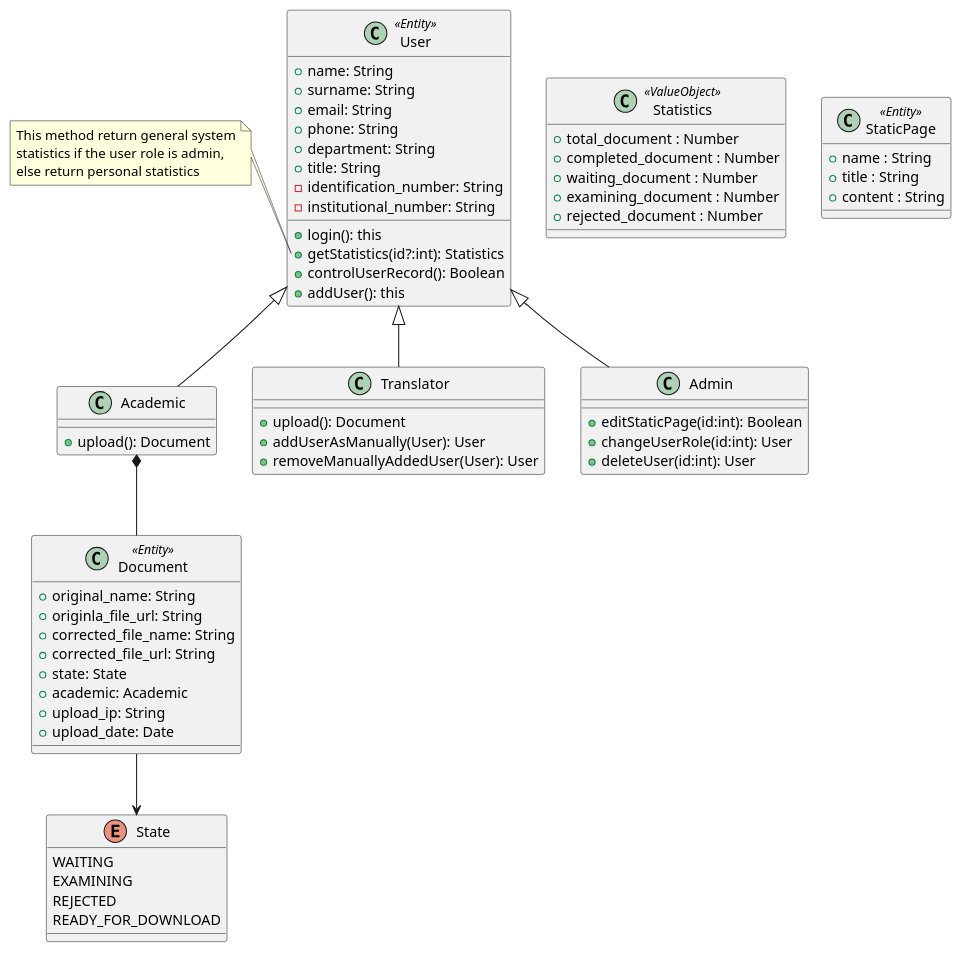
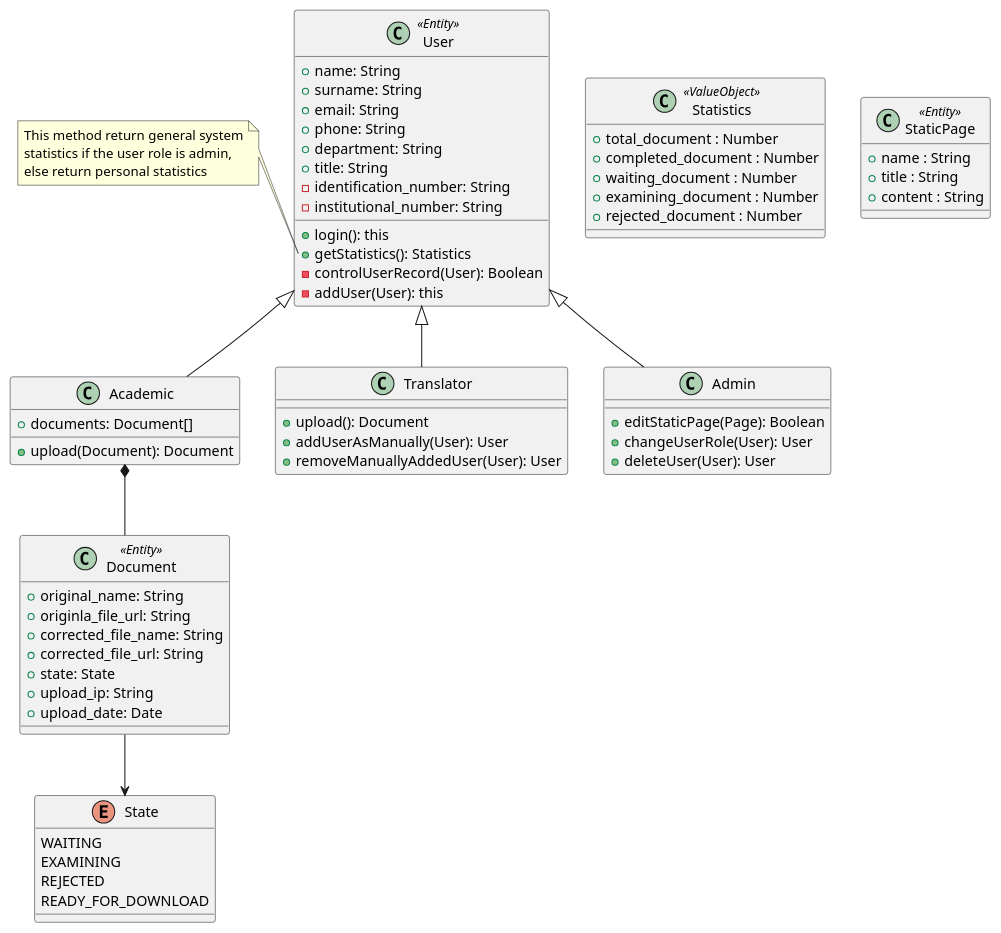
Before and after one commit to uygaraydin/academic-paper-proofreading: the diagram in class-diagram.puml, drawn with PlantUML.

Commit message:
class diagram was updated

```diff
--- a/class-diagram.puml
+++ b/class-diagram.puml
@@ -1,79 +1,79 @@
 @startuml ATCS
 
-class User <<Entity>> {
+  class User <<Entity>> {
     + name: String
     + surname: String
     + email: String
     + phone: String
     + department: String
     + title: String
     - identification_number: String
     - institutional_number: String
     + login(): this
-    + getStatistics(id?:int): Statistics
-    + controlUserRecord(): Boolean
-    + addUser(): this
-}
-note left of User::getStatistics
-  This method return general system
-  statistics if the user role is admin,
-  else return personal statistics
-end note
+    + getStatistics(): Statistics
+    - controlUserRecord(User): Boolean
+    - addUser(User): this
+  }
+  note left of User::getStatistics
+    This method return general system
+    statistics if the user role is admin,
+    else return personal statistics
+  end note
 
 
-class Academic {
-    + upload(): Document
-}
+  class Academic {
+    + documents: Document[]
+    + upload(Document): Document
+  }
 
-class Translator {
+  class Translator {
     + upload(): Document
     + addUserAsManually(User): User
     + removeManuallyAddedUser(User): User
-}
+  }
 
-class Admin {
-    + editStaticPage(id:int): Boolean
-    + changeUserRole(id:int): User
-    + deleteUser(id:int): User
-}
-class Statistics <<ValueObject>> {
+  class Admin {
+    + editStaticPage(Page): Boolean
+    + changeUserRole(User): User
+    + deleteUser(User): User
+  }
+  class Statistics <<ValueObject>> {
     + total_document : Number
     + completed_document : Number
     + waiting_document : Number
     + examining_document : Number
     + rejected_document : Number
-}
-class StaticPage <<Entity>> {
+  }
+  class StaticPage <<Entity>> {
     + name : String
     + title : String
     + content : String
-}
+  }
 
-class Document <<Entity>> {
+  class Document <<Entity>> {
     + original_name: String
     + originla_file_url: String
     + corrected_file_name: String
     + corrected_file_url: String
     + state: State
-    + academic: Academic
     + upload_ip: String
     + upload_date: Date
 
-}
+  }
 
-enum State {
+  enum State {
     WAITING
     EXAMINING
     REJECTED
     READY_FOR_DOWNLOAD
-}
+  }
 
 
-Academic -up-|> User
-Translator -up-|> User
-Admin -up-|> User
-Academic *-- Document
-Document --> State
+  Academic -up-|> User
+  Translator -up-|> User
+  Admin -up-|> User
+  Academic *-- Document
+  Document --> State
 
 
 @enduml
```
